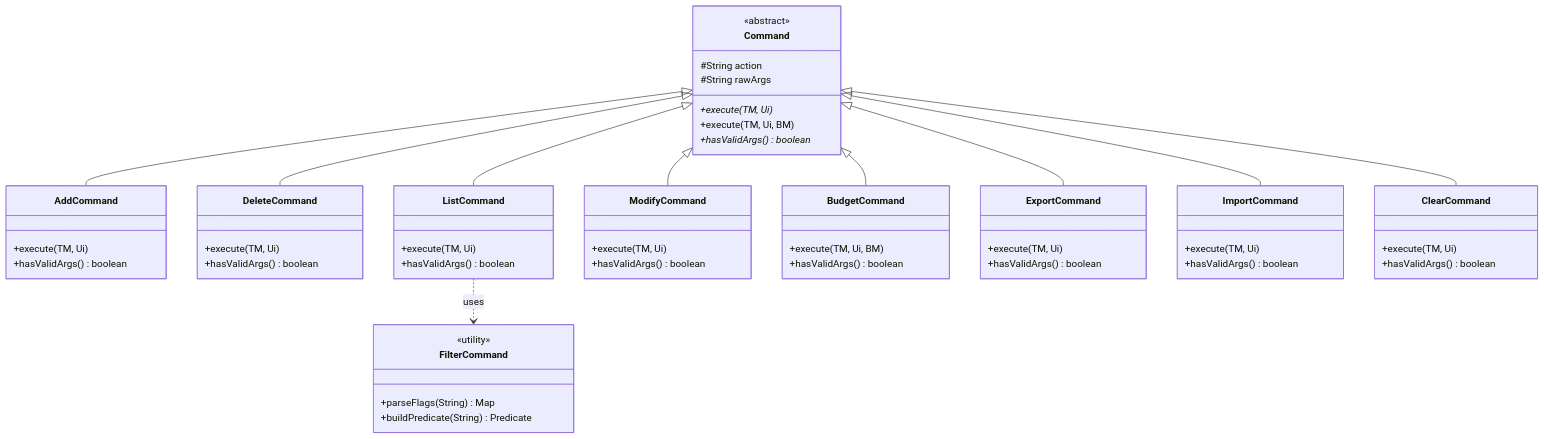
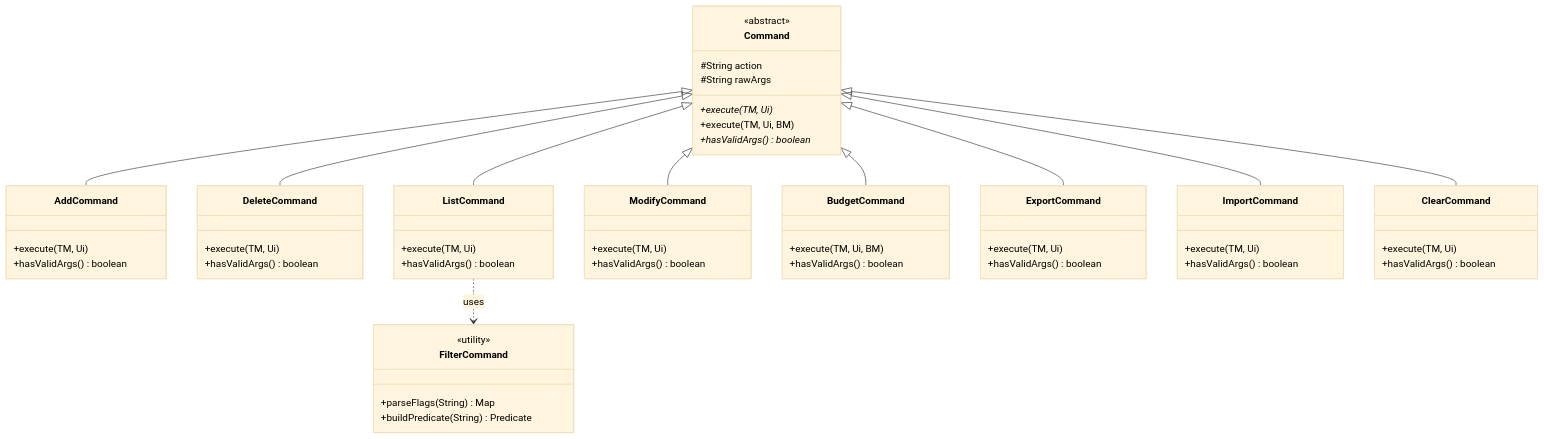
Before and after one commit to AY2526S2-CS2113-W13-4/tp: the fourth of 18 diagrams in docs/DeveloperGuide.md, drawn with Mermaid. The commit also changed other lines of this file, not shown here.

Commit message:
Improve DG diagram readability with larger fonts and higher contrast

````diff
--- a/docs/DeveloperGuide.md
+++ b/docs/DeveloperGuide.md
@@ -355,68 +358,69 @@
 ```mermaid
+%%{init: {"theme": "base", "themeVariables": {"fontSize": "16px", "fontFamily": "arial", "lineColor": "#333333", "textColor": "#000000", "actorTextColor": "#000000", "signalColor": "#333333", "signalTextColor": "#000000", "noteBkgColor": "#fff5ad", "noteTextColor": "#000000", "labelTextColor": "#000000"}}}%%
 classDiagram
     class Command {
         <<abstract>>
         #String action
         #String rawArgs
         +execute(TM, Ui)*
         +execute(TM, Ui, BM)
         +hasValidArgs()* boolean
     }
 
     class AddCommand {
         +execute(TM, Ui)
         +hasValidArgs() boolean
     }
 
     class DeleteCommand {
         +execute(TM, Ui)
         +hasValidArgs() boolean
     }
 
     class ListCommand {
         +execute(TM, Ui)
         +hasValidArgs() boolean
     }
 
     class ModifyCommand {
         +execute(TM, Ui)
         +hasValidArgs() boolean
     }
 
     class BudgetCommand {
         +execute(TM, Ui, BM)
         +hasValidArgs() boolean
     }
 
     class ExportCommand {
         +execute(TM, Ui)
         +hasValidArgs() boolean
     }
 
     class ImportCommand {
         +execute(TM, Ui)
         +hasValidArgs() boolean
     }
 
     class ClearCommand {
         +execute(TM, Ui)
         +hasValidArgs() boolean
     }
 
     class FilterCommand {
         <<utility>>
         +parseFlags(String) Map
         +buildPredicate(String) Predicate
     }
 
     Command <|-- AddCommand
     Command <|-- DeleteCommand
     Command <|-- ListCommand
     Command <|-- ModifyCommand
     Command <|-- BudgetCommand
     Command <|-- ExportCommand
     Command <|-- ImportCommand
     Command <|-- ClearCommand
 
     ListCommand ..> FilterCommand : uses
 ```
````
